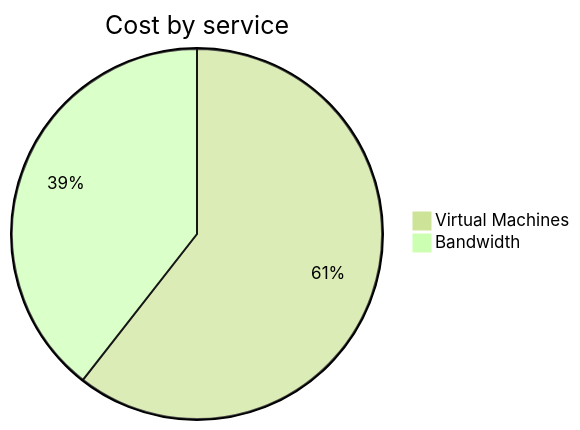
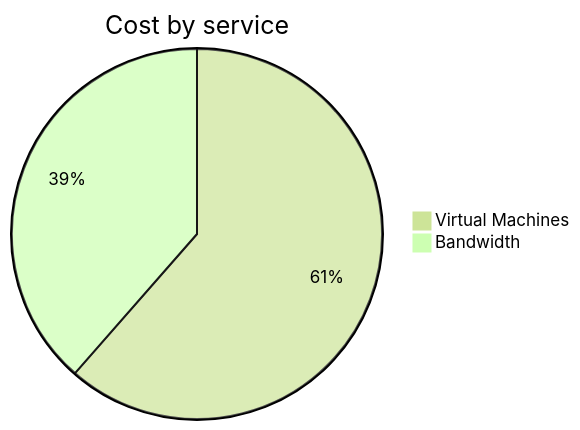
Before and after one commit to jpfulton/azure-personal-reports: the second of 4 diagrams in cost-reports/personal-network/vpn-server.md, drawn with Mermaid (forest theme). The commit also changed other lines of this file and 8 other files, not shown here.

````diff
--- a/cost-reports/personal-network/vpn-server.md
+++ b/cost-reports/personal-network/vpn-server.md
@@ -96,6 +96,6 @@
 ```mermaid
 pie
    title Cost by service
-   "Virtual Machines" : 4.96
+   "Virtual Machines" : 5.15
    "Bandwidth" : 3.23
 ```
````
